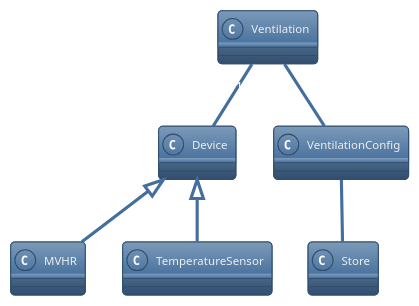
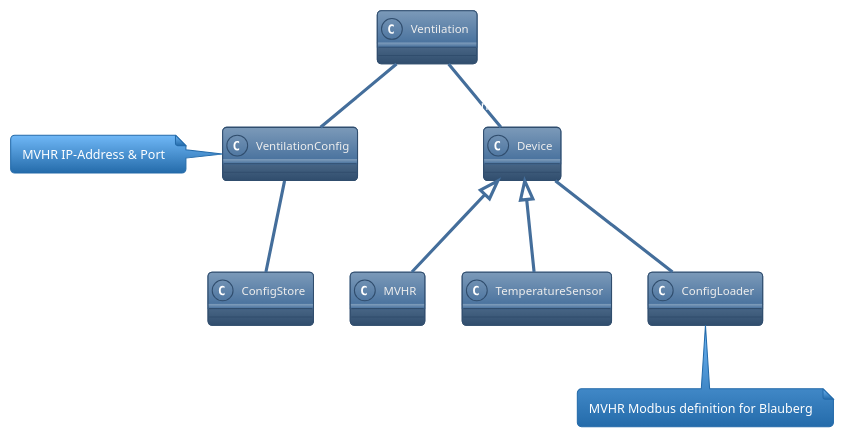
Before and after one commit to OODesigns/universal-control-hub: the diagram in designs/Ventilation Domain.puml, drawn with PlantUML. The commit also changed 9 other files, not shown here.

```diff
--- a/designs/Ventilation Domain.puml
+++ b/designs/Ventilation Domain.puml
@@ -1,23 +1,32 @@
 @startuml
 'https://plantuml.com/class-diagram
 !theme spacelab
 
 class Ventilation {}
 
 class MVHR {}
 
 class TemperatureSensor{}
 
 class Device{}
 
-class Store{}
+class ConfigStore{}
+
+class ConfigLoader{}
+note bottom
+ MVHR Modbus definition for Blauberg
+end note
 
 class VentilationConfig
+note left
+ MVHR IP-Address & Port
+end note
 
-VentilationConfig "1"-- "1" Store
+VentilationConfig "1"-- "1" ConfigStore
 Ventilation "1"--VentilationConfig
 Device <|-- MVHR
 Device <|-- TemperatureSensor
+Device "1" -- "1" ConfigLoader: uses it to define device
 Ventilation "1"--"1..n" Device
 
 @enduml
```
